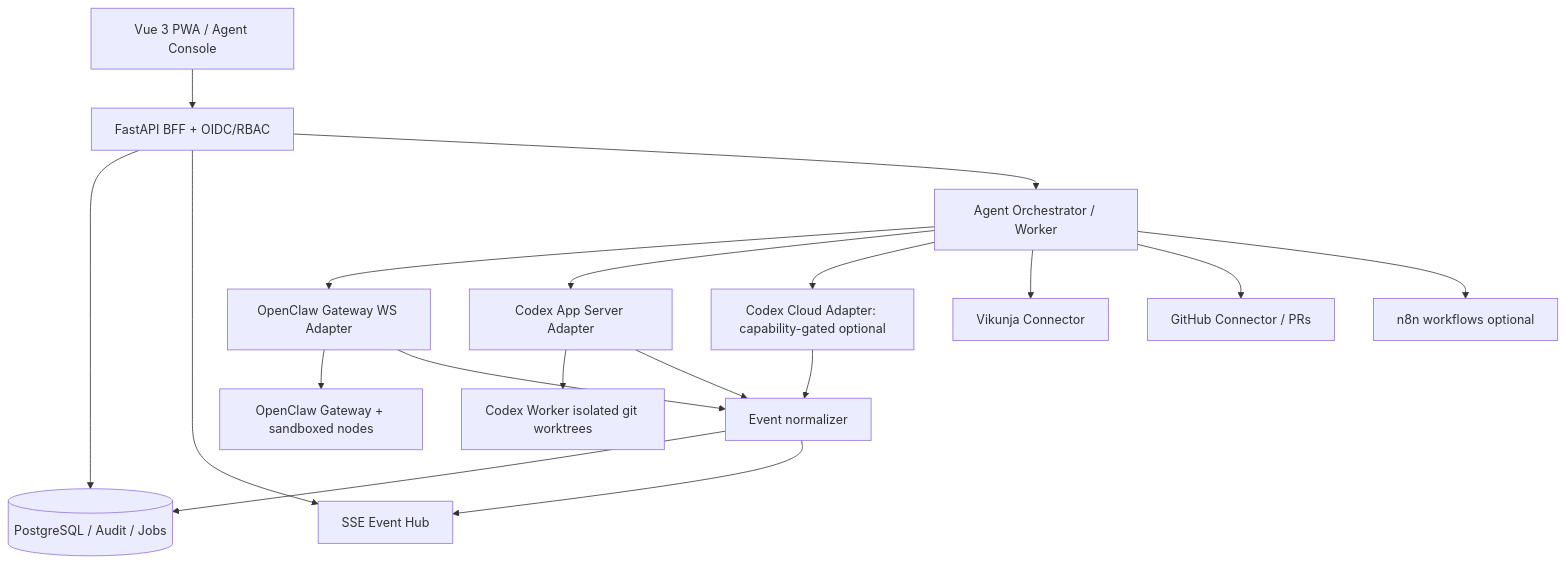
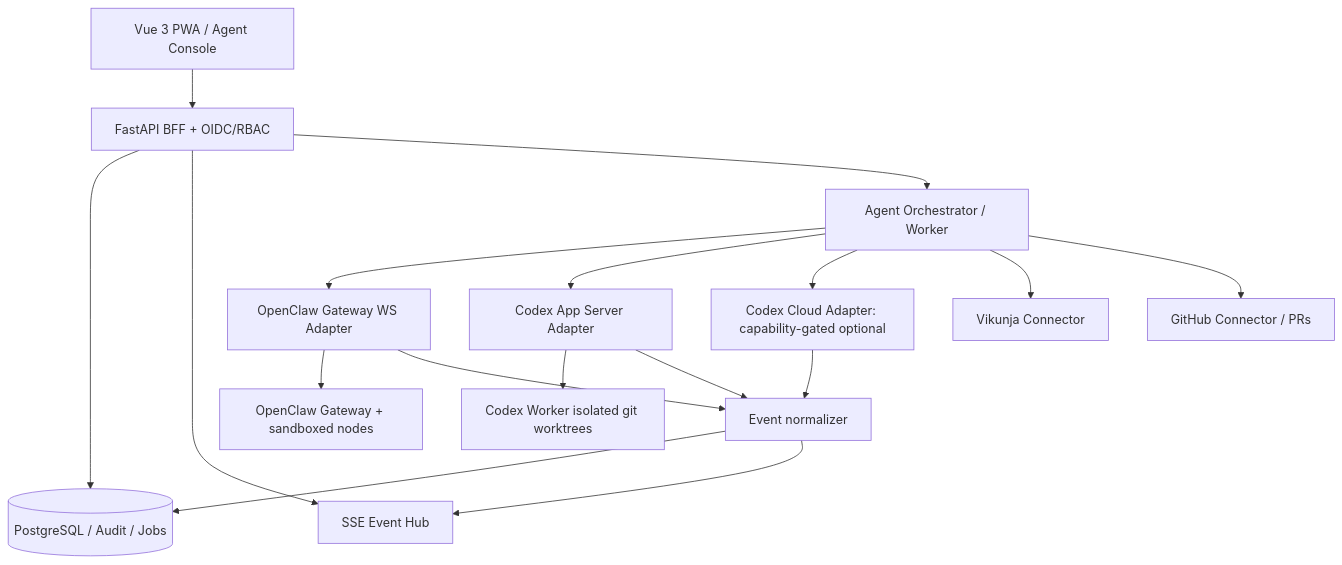
One commit to brianabc121/WorkspaceCore changed the diagram in docs/v2/package/AGENT_ARCHITECTURE_V2.md. Above: the diagram before and after it, drawn with Mermaid. The commit also changed 118 other files, not shown here.

````diff
--- a/docs/v2/package/AGENT_ARCHITECTURE_V2.md
+++ b/docs/v2/package/AGENT_ARCHITECTURE_V2.md
@@ -16,20 +16,19 @@
 ```mermaid
 flowchart TD
   UI[Vue 3 PWA / Agent Console] --> API[FastAPI BFF + OIDC/RBAC]
   API --> DB[(PostgreSQL / Audit / Jobs)]
   API --> E[SSE Event Hub]
   API --> O[Agent Orchestrator / Worker]
   O --> OC[OpenClaw Gateway WS Adapter]
   O --> CX[Codex App Server Adapter]
   O --> CLOUD[Codex Cloud Adapter: capability-gated optional]
   OC --> OG[OpenClaw Gateway + sandboxed nodes]
   CX --> CR[Codex Worker isolated git worktrees]
   O --> V[Vikunja Connector]
   O --> G[GitHub Connector / PRs]
-  O --> N[n8n workflows optional]
   OC --> EVENTS[Event normalizer]
   CX --> EVENTS
   CLOUD --> EVENTS
   EVENTS --> DB
   EVENTS --> E
 ```
````
